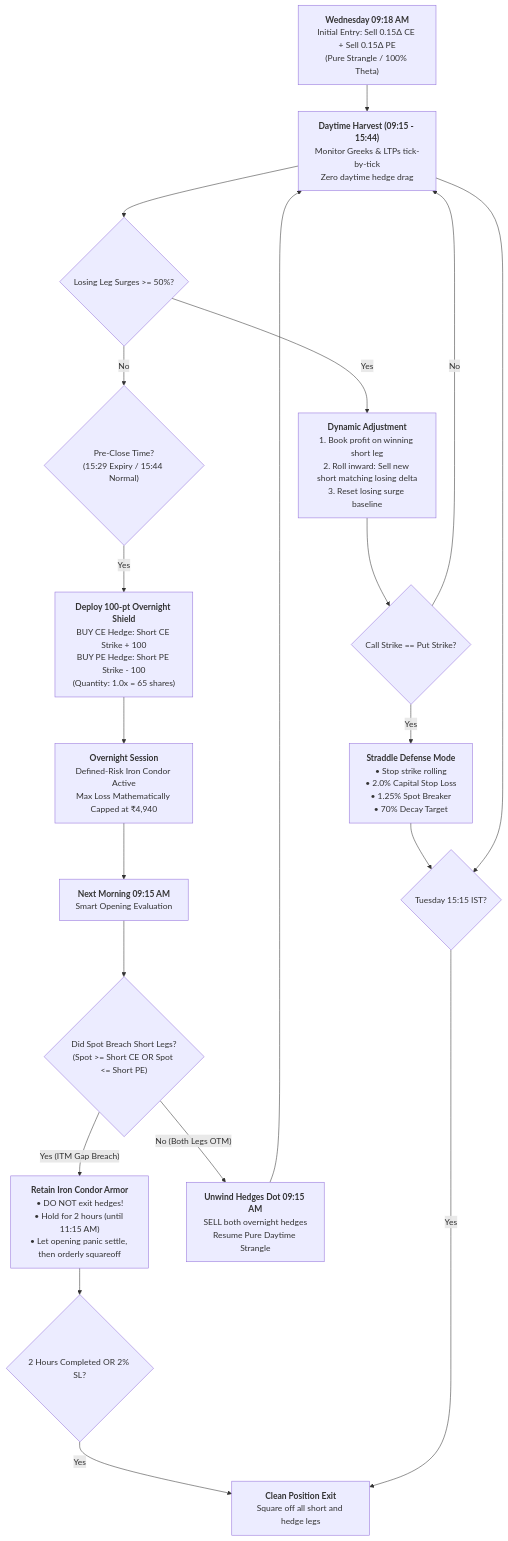
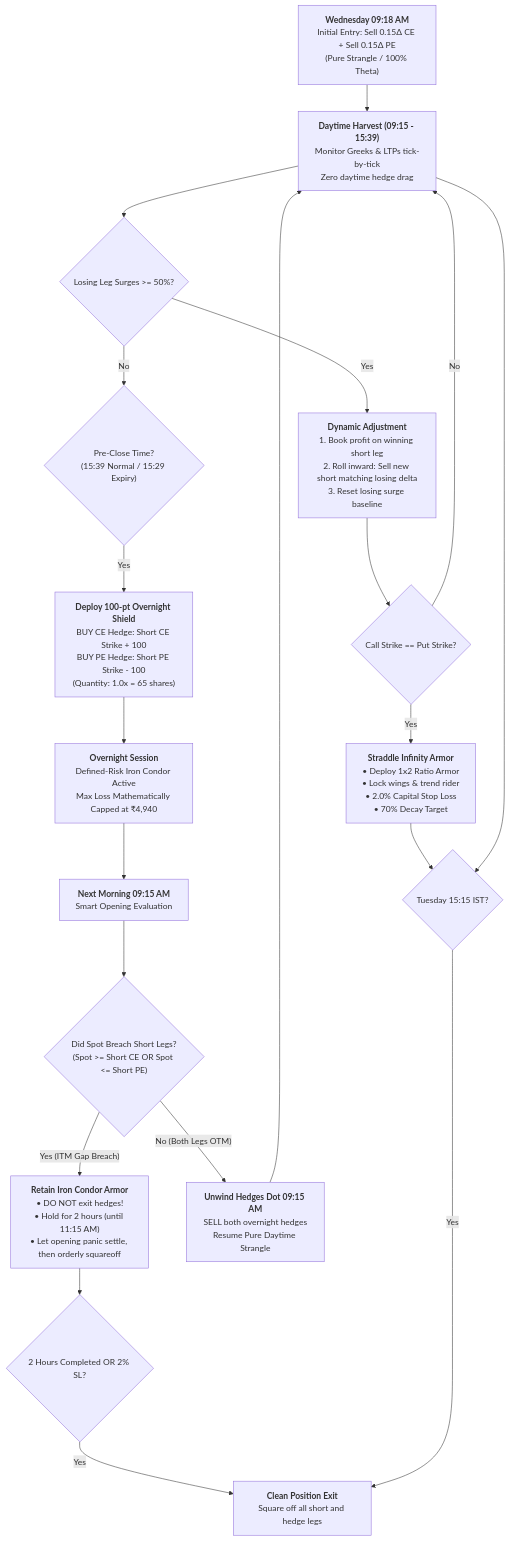
One commit to anandmunotCode/AngelAlgo changed the diagram in STRATEGY_BLUEPRINT.md. Above: the diagram before and after it, drawn with Mermaid. The commit also changed other lines of this file and 3 other files, not shown here.

````diff
--- a/STRATEGY_BLUEPRINT.md
+++ b/STRATEGY_BLUEPRINT.md
@@ -83,28 +83,28 @@
 ```mermaid
 flowchart TD
-    W["<b>Wednesday 09:18 AM</b><br>Initial Entry: Sell 0.15Δ CE + Sell 0.15Δ PE<br>(Pure Strangle / 100% Theta)"] --> D["<b>Daytime Harvest (09:15 - 15:44)</b><br>Monitor Greeks & LTPs tick-by-tick<br>Zero daytime hedge drag"]
+    W["<b>Wednesday 09:18 AM</b><br>Initial Entry: Sell 0.15Δ CE + Sell 0.15Δ PE<br>(Pure Strangle / 100% Theta)"] --> D["<b>Daytime Harvest (09:15 - 15:39)</b><br>Monitor Greeks & LTPs tick-by-tick<br>Zero daytime hedge drag"]
     
     D --> S{"Losing Leg Surges >= 50%?"}
     S -- "Yes" --> ADJ["<b>Dynamic Adjustment</b><br>1. Book profit on winning short leg<br>2. Roll inward: Sell new short matching losing delta<br>3. Reset losing surge baseline"]
     ADJ --> ST{"Call Strike == Put Strike?"}
-    ST -- "Yes" --> STRADDLE["<b>Straddle Defense Mode</b><br>• Stop strike rolling<br>• 2.0% Capital Stop Loss<br>• 1.25% Spot Breaker<br>• 70% Decay Target"]
+    ST -- "Yes" --> STRADDLE["<b>Straddle Infinity Armor</b><br>• Deploy 1x2 Ratio Armor<br>• Lock wings & trend rider<br>• 2.0% Capital Stop Loss<br>• 70% Decay Target"]
     ST -- "No" --> D
-    S -- "No" --> PRECLOSE{"Pre-Close Time?<br>(15:29 Expiry / 15:44 Normal)"}
+    S -- "No" --> PRECLOSE{"Pre-Close Time?<br>(15:39 Normal / 15:29 Expiry)"}
     
     PRECLOSE -- "Yes" --> SHIELD["<b>Deploy 100-pt Overnight Shield</b><br>BUY CE Hedge: Short CE Strike + 100<br>BUY PE Hedge: Short PE Strike - 100<br>(Quantity: 1.0x = 65 shares)"]
     SHIELD --> NIGHT["<b>Overnight Session</b><br>Defined-Risk Iron Condor Active<br>Max Loss Mathematically Capped at ₹4,940"]
     
     NIGHT --> MORN["<b>Next Morning 09:15 AM</b><br>Smart Opening Evaluation"]
     MORN --> BREACH{"Did Spot Breach Short Legs?<br>(Spot >= Short CE OR Spot <= Short PE)"}
     
     BREACH -- "Yes (ITM Gap Breach)" --> HOLD["<b>Retain Iron Condor Armor</b><br>• DO NOT exit hedges!<br>• Hold for 2 hours (until 11:15 AM)<br>• Let opening panic settle, then orderly squareoff"]
     BREACH -- "No (Both Legs OTM)" --> UNWIND["<b>Unwind Hedges Dot 09:15 AM</b><br>SELL both overnight hedges<br>Resume Pure Daytime Strangle"]
     
     UNWIND --> D
     HOLD --> TIMEOUT{"2 Hours Completed OR 2% SL?"}
     TIMEOUT -- "Yes" --> CLOSEALL["<b>Clean Position Exit</b><br>Square off all short and hedge legs"]
     
     STRADDLE --> EXPIRY{"Tuesday 15:15 IST?"}
     D --> EXPIRY
     EXPIRY -- "Yes" --> CLOSEALL
 ```
````
